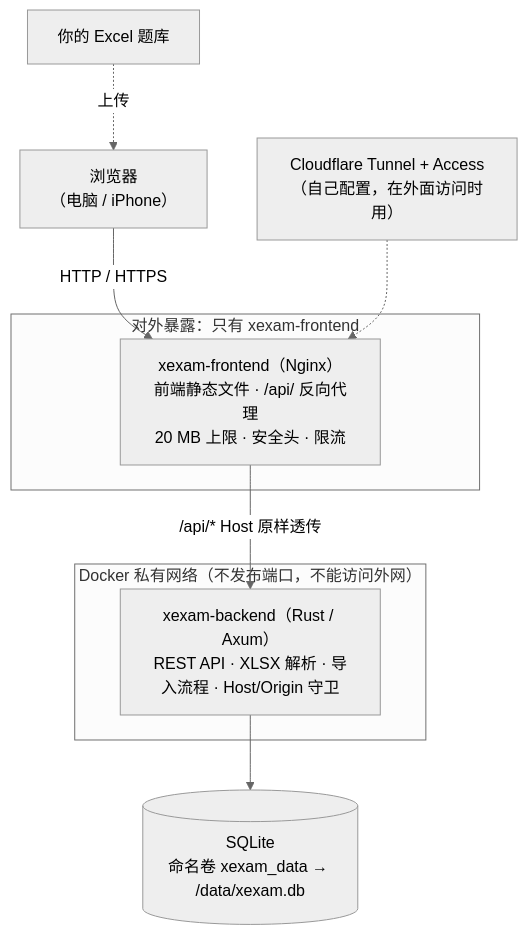
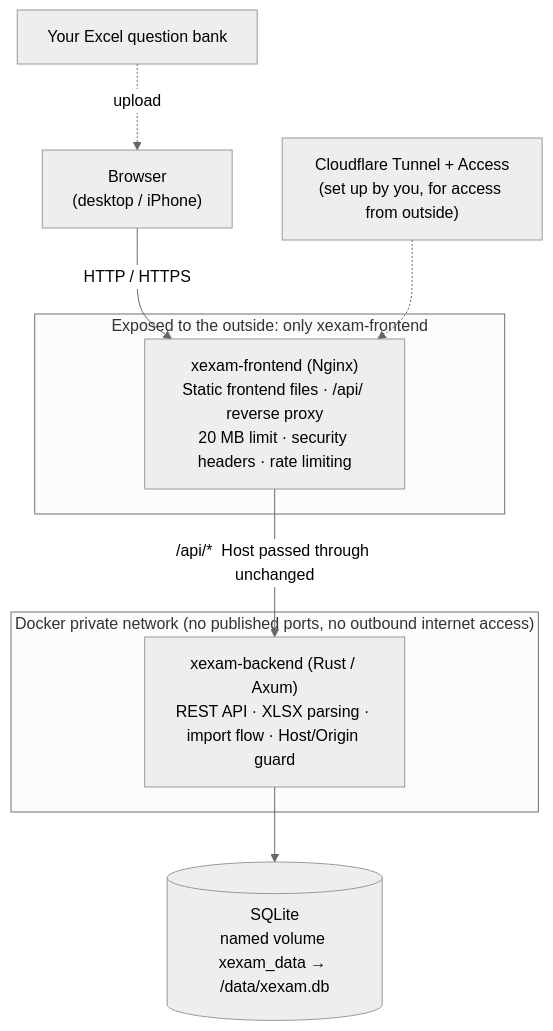
One commit to Yumin-Space/xexam changed the first of 6 diagrams in README.md. Above: the diagram before and after it, drawn with Mermaid (neutral theme). The commit also changed other lines of this file and 127 other files, not shown here.

````diff
--- a/README.md
+++ b/README.md
@@ -111,14 +122,14 @@
 ```mermaid
 flowchart TB
-    U["浏览器<br/>（电脑 / iPhone）"] -->|"HTTP / HTTPS"| N
-    subgraph 公开["对外暴露：只有 xexam-frontend"]
-        N["xexam-frontend（Nginx）<br/>前端静态文件 · /api/ 反向代理<br/>20 MB 上限 · 安全头 · 限流"]
+    U["Browser<br/>(desktop / iPhone)"] -->|"HTTP / HTTPS"| N
+    subgraph 公开["Exposed to the outside: only xexam-frontend"]
+        N["xexam-frontend (Nginx)<br/>Static frontend files · /api/ reverse proxy<br/>20 MB limit · security headers · rate limiting"]
     end
-    subgraph 内网["Docker 私有网络（不发布端口，不能访问外网）"]
-        B["xexam-backend（Rust / Axum）<br/>REST API · XLSX 解析 · 导入流程 · Host/Origin 守卫"]
+    subgraph 内网["Docker private network (no published ports, no outbound internet access)"]
+        B["xexam-backend (Rust / Axum)<br/>REST API · XLSX parsing · import flow · Host/Origin guard"]
     end
-    N -->|"/api/*  Host 原样透传"| B
-    B --> D[("SQLite<br/>命名卷 xexam_data → /data/xexam.db")]
-    CF["Cloudflare Tunnel + Access<br/>（自己配置，在外面访问时用）"] -.-> N
-    X["你的 Excel 题库"] -.->|"上传"| U
+    N -->|"/api/*  Host passed through unchanged"| B
+    B --> D[("SQLite<br/>named volume xexam_data → /data/xexam.db")]
+    CF["Cloudflare Tunnel + Access<br/>(set up by you, for access from outside)"] -.-> N
+    X["Your Excel question bank"] -.->|"upload"| U
 ```
````
